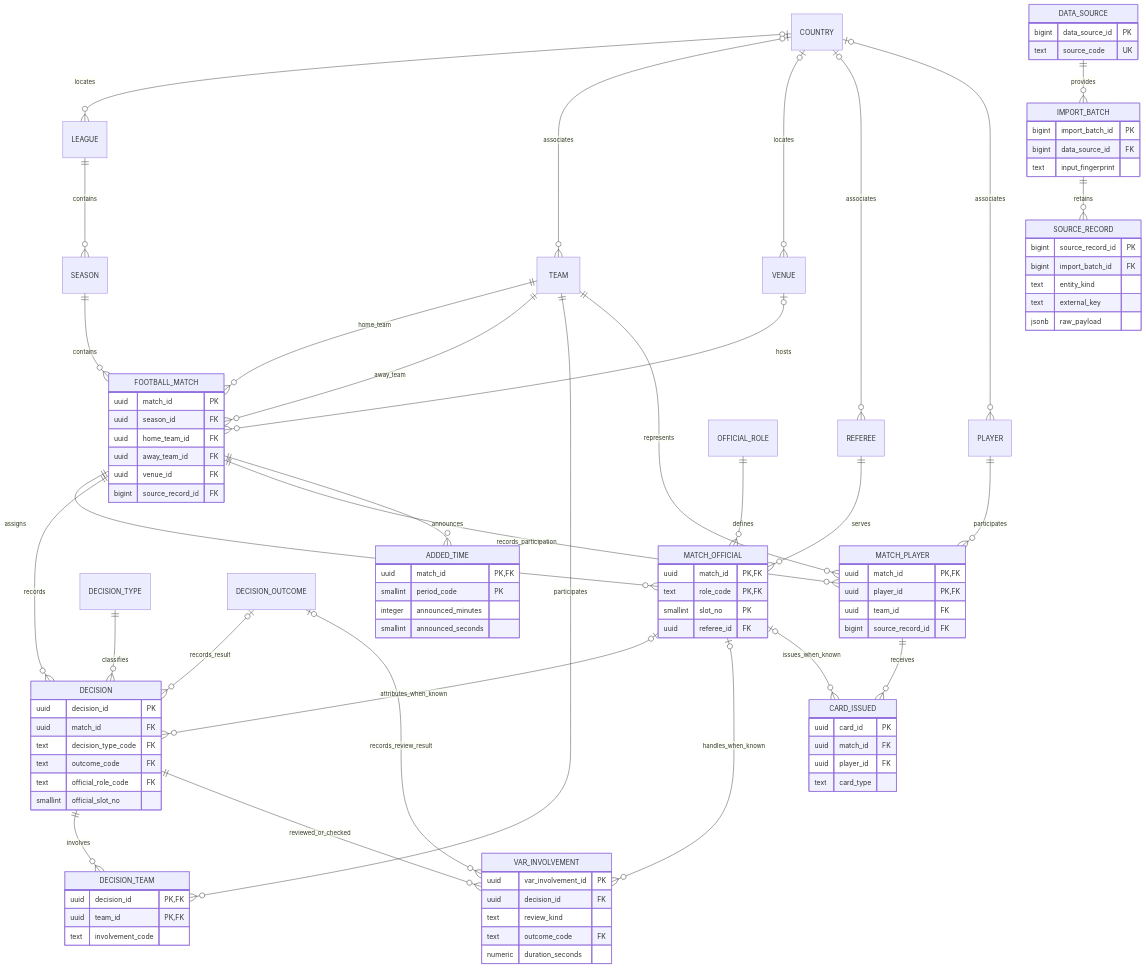
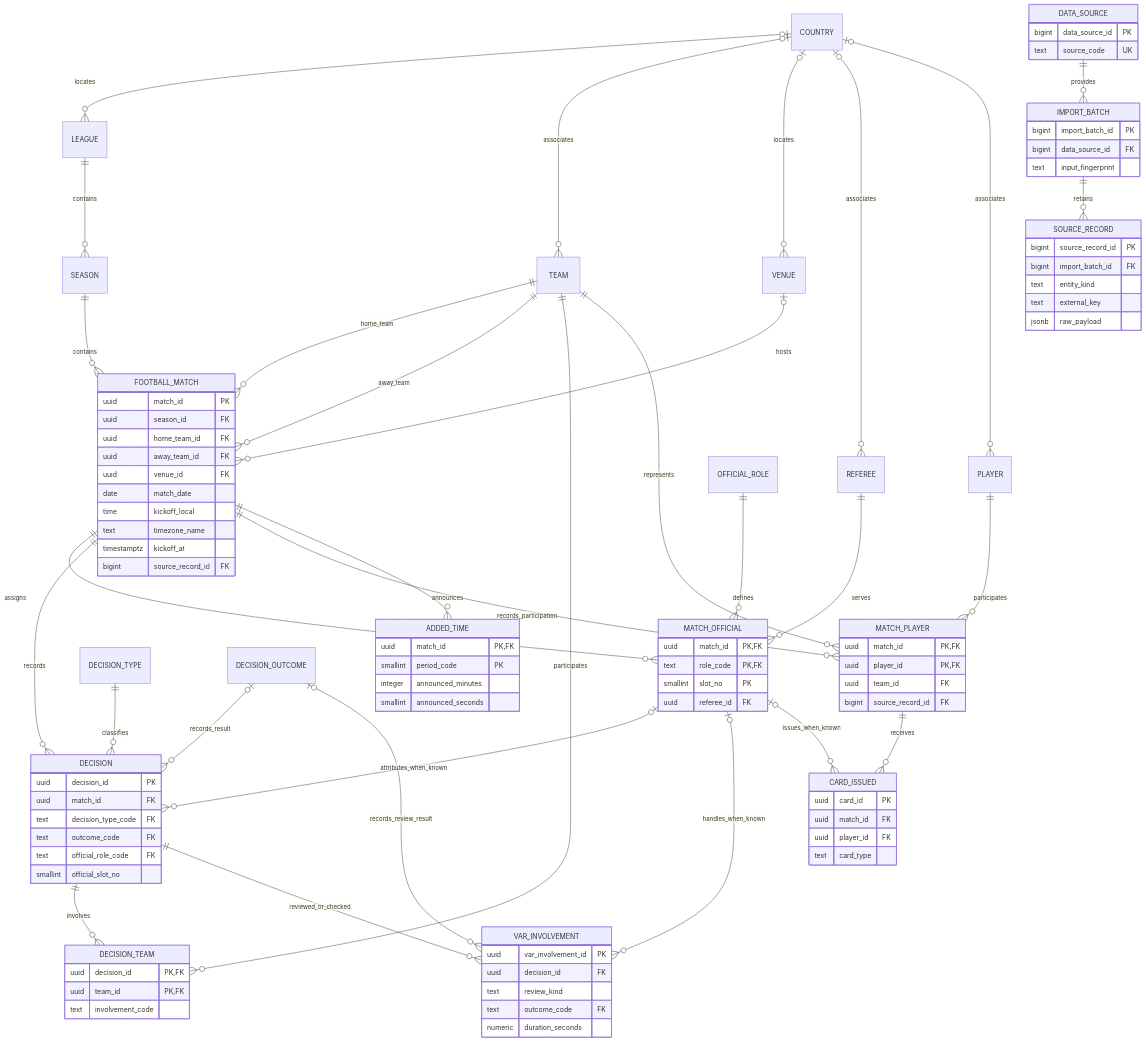
Before and after one commit to L1k1th1508/VAR-ANALYSIS_DBMS: the diagram in docs/er_diagram.md, drawn with Mermaid. The commit also changed other lines of this file and 52 other files, not shown here.

```diff
--- a/docs/er_diagram.md
+++ b/docs/er_diagram.md
@@ -41,6 +41,10 @@
         uuid home_team_id FK
         uuid away_team_id FK
         uuid venue_id FK
+        date match_date
+        time kickoff_local
+        text timezone_name
+        timestamptz kickoff_at
         bigint source_record_id FK
     }
     MATCH_OFFICIAL {
```
